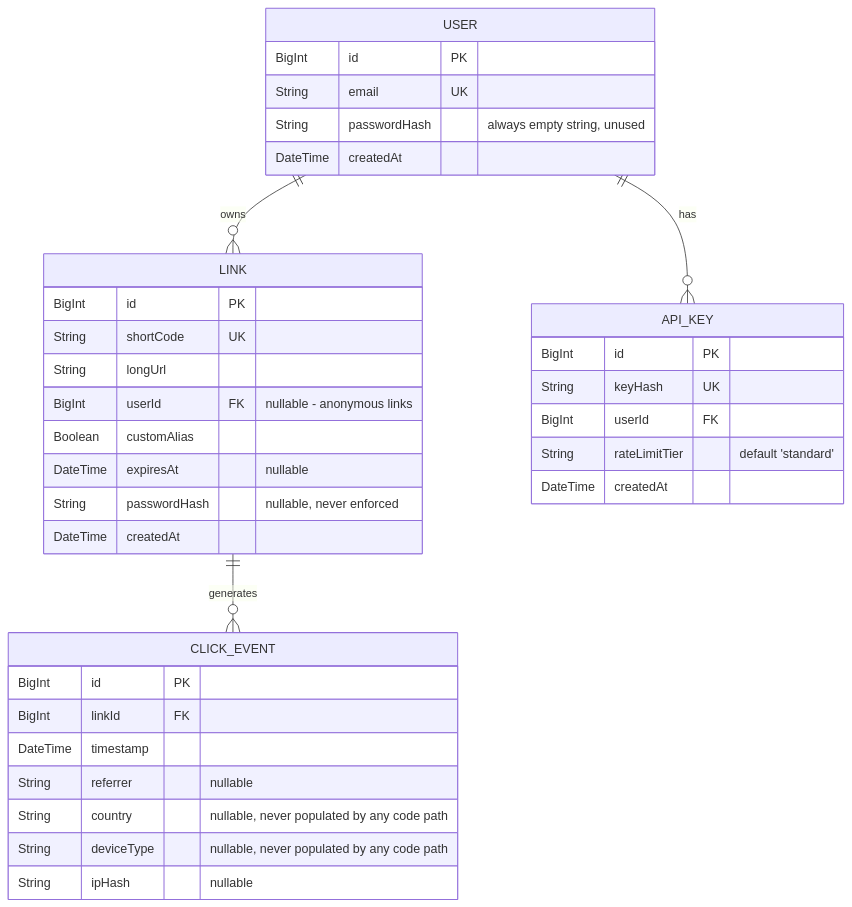
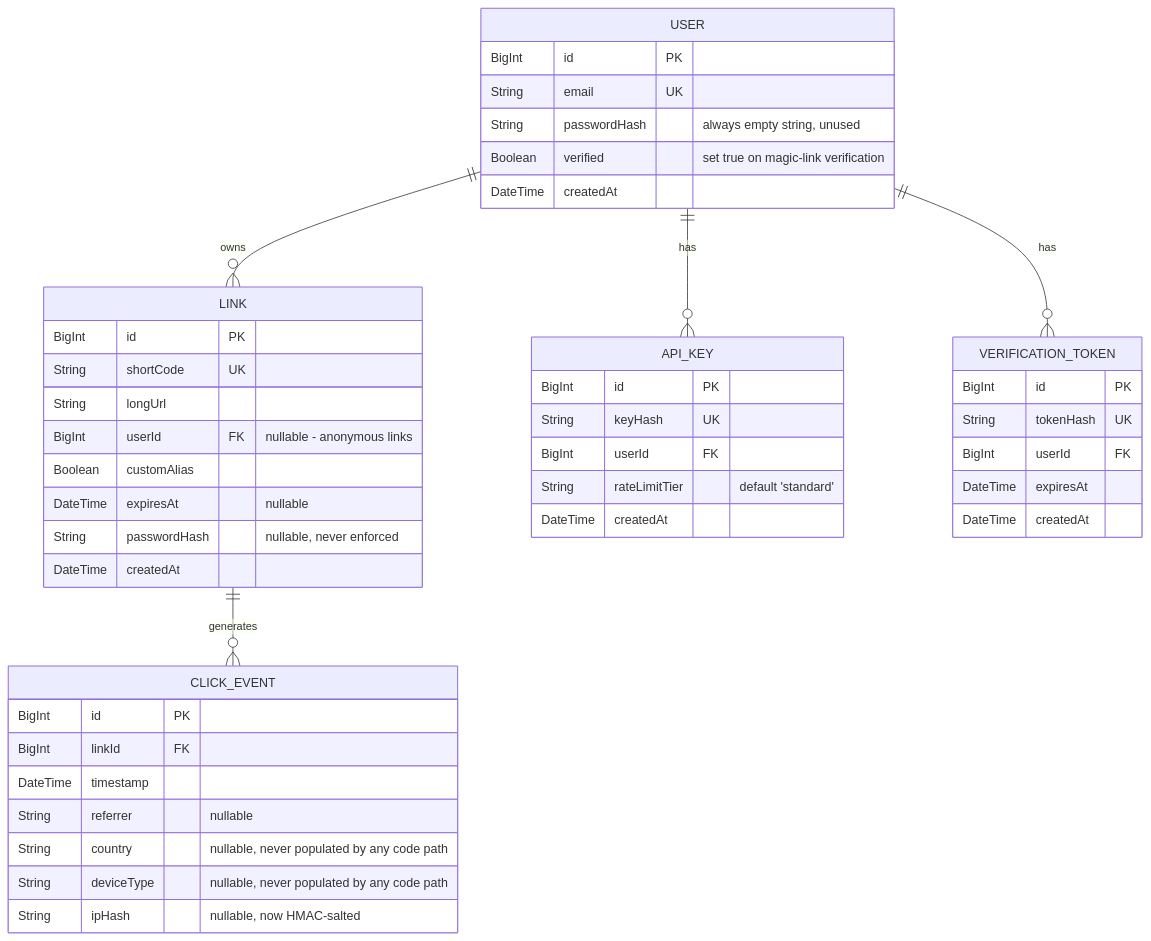
The diagram in docs/system-design/03-data-model.md (secretJod/Url-Shortner), drawn with Mermaid before and after one commit. The commit also changed other lines of this file and 17 other files, not shown here.

````diff
--- a/docs/system-design/03-data-model.md
+++ b/docs/system-design/03-data-model.md
@@ -5,39 +7,48 @@
 ```mermaid
 erDiagram
     USER ||--o{ LINK : owns
     USER ||--o{ API_KEY : has
+    USER ||--o{ VERIFICATION_TOKEN : has
     LINK ||--o{ CLICK_EVENT : generates
 
     USER {
         BigInt id PK
         String email UK
         String passwordHash "always empty string, unused"
+        Boolean verified "set true on magic-link verification"
+        DateTime createdAt
+    }
+    VERIFICATION_TOKEN {
+        BigInt id PK
+        String tokenHash UK
+        BigInt userId FK
+        DateTime expiresAt
         DateTime createdAt
     }
     LINK {
         BigInt id PK
         String shortCode UK
         String longUrl
         BigInt userId FK "nullable - anonymous links"
         Boolean customAlias
         DateTime expiresAt "nullable"
         String passwordHash "nullable, never enforced"
         DateTime createdAt
     }
     API_KEY {
         BigInt id PK
         String keyHash UK
         BigInt userId FK
         String rateLimitTier "default 'standard'"
         DateTime createdAt
     }
     CLICK_EVENT {
         BigInt id PK
         BigInt linkId FK
         DateTime timestamp
         String referrer "nullable"
         String country "nullable, never populated by any code path"
         String deviceType "nullable, never populated by any code path"
-        String ipHash "nullable"
+        String ipHash "nullable, now HMAC-salted"
     }
 ```
````
